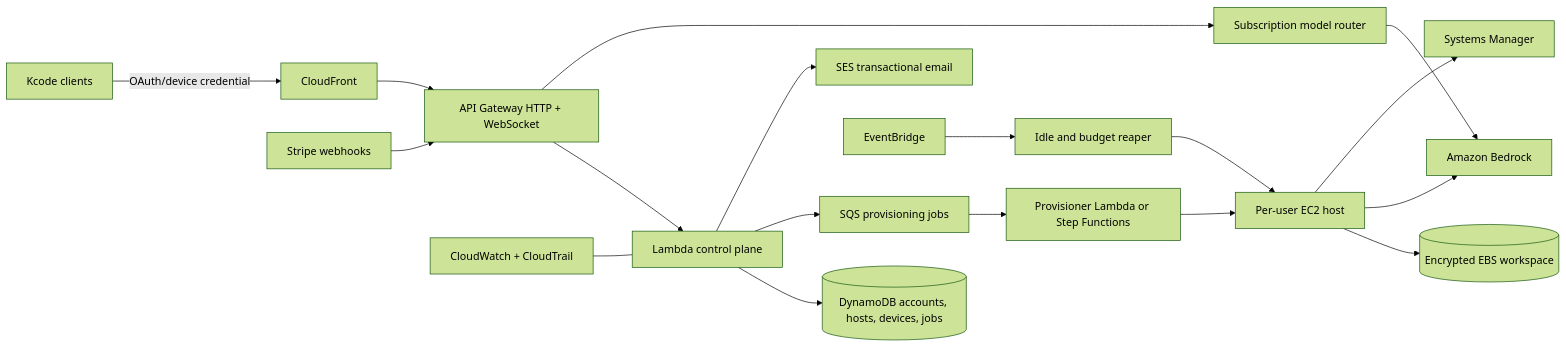
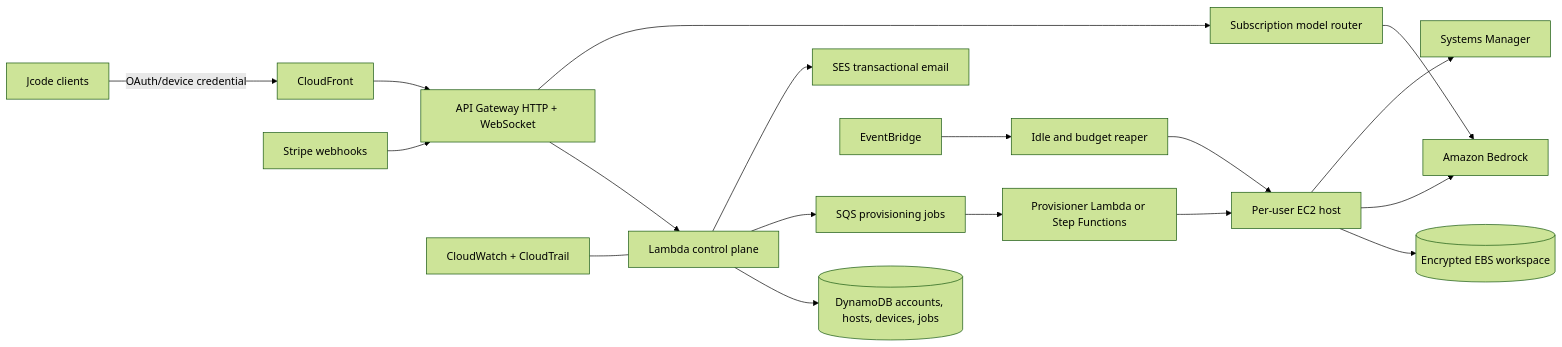
One commit to KooshaPari/KCode changed the diagram in docs/JCODE_CLOUD_AWS.md. Above: the diagram before and after it, drawn with Mermaid (forest theme). The commit also changed other lines of this file and 3017 other files, not shown here.

First line of the commit message:
Revert "refactor(decollision): rename jcode to kcode (#33)" (#36)

````diff
--- a/docs/JCODE_CLOUD_AWS.md
+++ b/docs/JCODE_CLOUD_AWS.md
@@ -27,20 +27,20 @@
 ```mermaid
 flowchart LR
-  C[Kcode clients] -->|OAuth/device credential| CF[CloudFront]
+  C[Jcode clients] -->|OAuth/device credential| CF[CloudFront]
   CF --> APIGW[API Gateway HTTP + WebSocket]
   APIGW --> CP[Lambda control plane]
   CP --> DDB[(DynamoDB accounts, hosts, devices, jobs)]
   CP --> SQS[SQS provisioning jobs]
   SQS --> PROV[Provisioner Lambda or Step Functions]
   PROV --> EC2[Per-user EC2 host]
   EC2 --> EBS[(Encrypted EBS workspace)]
   EC2 --> BR[Amazon Bedrock]
   EC2 --> SSM[Systems Manager]
   APIGW --> ROUTER[Subscription model router]
   ROUTER --> BR
   EV[EventBridge] --> REAPER[Idle and budget reaper]
   REAPER --> EC2
   BILL[Stripe webhooks] --> APIGW
   CP --> SES[SES transactional email]
   LOG[CloudWatch + CloudTrail] --- CP
 ```
````
